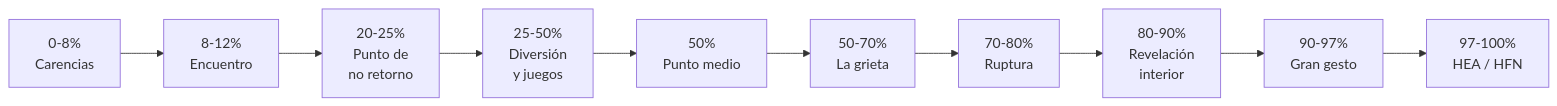
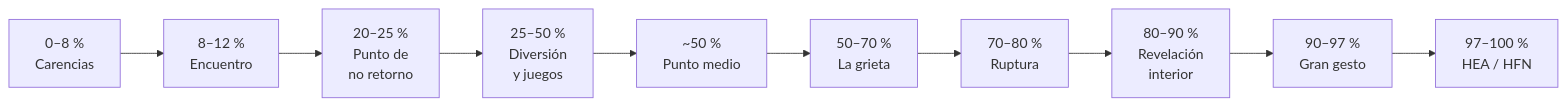
Before and after one commit to maujimenez4/ciberpunk-storymaker: the fourth of 5 diagrams in docs/domain-knowledge.md, drawn with Mermaid. The commit also changed other lines of this file and 2 other files, not shown here.

````diff
--- a/docs/domain-knowledge.md
+++ b/docs/domain-knowledge.md
@@ -342,12 +251,12 @@
 ```mermaid
 flowchart LR
-  B1["0-8%<br/>Carencias"] --> B2["8-12%<br/>Encuentro"]
-  B2 --> B3["20-25%<br/>Punto de<br/>no retorno"]
-  B3 --> B4["25-50%<br/>Diversión<br/>y juegos"]
-  B4 --> B5["50%<br/>Punto medio"]
-  B5 --> B6["50-70%<br/>La grieta"]
-  B6 --> B7["70-80%<br/>Ruptura"]
-  B7 --> B8["80-90%<br/>Revelación<br/>interior"]
-  B8 --> B9["90-97%<br/>Gran gesto"]
-  B9 --> B10["97-100%<br/>HEA / HFN"]
+  B1["0–8 %<br/>Carencias"] --> B2["8–12 %<br/>Encuentro"]
+  B2 --> B3["20–25 %<br/>Punto de<br/>no retorno"]
+  B3 --> B4["25–50 %<br/>Diversión<br/>y juegos"]
+  B4 --> B5["~50 %<br/>Punto medio"]
+  B5 --> B6["50–70 %<br/>La grieta"]
+  B6 --> B7["70–80 %<br/>Ruptura"]
+  B7 --> B8["80–90 %<br/>Revelación<br/>interior"]
+  B8 --> B9["90–97 %<br/>Gran gesto"]
+  B9 --> B10["97–100 %<br/>HEA / HFN"]
 ```
````
